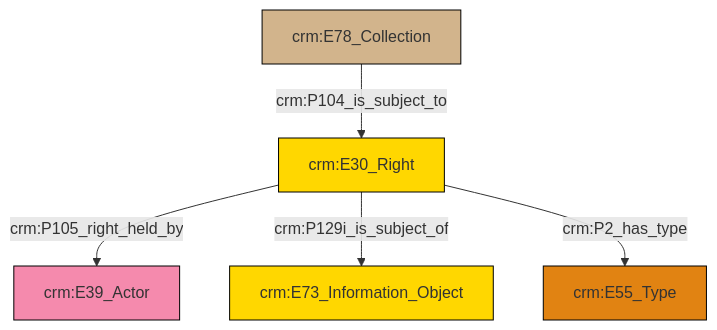
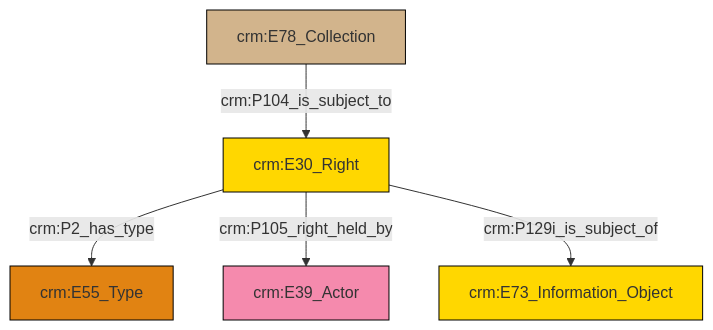
Before and after one commit to swiss-art-research-net/docs.swissartresearch: the diagram in et/archivalCSV/ttl/mmd/archival_rights.ttl.mmd, drawn with Mermaid. The commit also changed 162 other files, not shown here.

```diff
--- a/et/archivalCSV/ttl/mmd/archival_rights.ttl.mmd
+++ b/et/archivalCSV/ttl/mmd/archival_rights.ttl.mmd
@@ -1,19 +1,19 @@
 graph TD
 classDef Literal fill:#f2f2f2,stroke:#000000;
 classDef CRM_Entity fill:#FFFFFF,stroke:#000000;
 classDef Temporal_Entity fill:#00C9E6, stroke:#000000;
 classDef Type fill:#E18312, stroke:#000000;
 classDef Time-Span fill:#2C9C91, stroke:#000000;
 classDef Appellation fill:#FFEB7F, stroke:#000000;
 classDef Place fill:#008836, stroke:#000000;
 classDef Persistent_Item fill:#B266B2, stroke:#000000;
 classDef Conceptual_Object fill:#FFD700, stroke:#000000;
 classDef Physical_Thing fill:#D2B48C, stroke:#000000;
 classDef Actor fill:#f58aad, stroke:#000000;
 classDef PC_Classes fill:#4ce600, stroke:#000000;
 classDef Multi fill:#cccccc,stroke:#000000;
 
-2["crm:E30_Right"]:::Conceptual_Object -->|crm:P105_right_held_by| 4["crm:E39_Actor"]:::Actor
-2["crm:E30_Right"]:::Conceptual_Object -->|crm:P129i_is_subject_of| 5["crm:E73_Information_Object"]:::Conceptual_Object
-7["crm:E78_Collection"]:::Physical_Thing -->|crm:P104_is_subject_to| 2["crm:E30_Right"]:::Conceptual_Object
-2["crm:E30_Right"]:::Conceptual_Object -->|crm:P2_has_type| 0["crm:E55_Type"]:::Type
+4["crm:E30_Right"]:::Conceptual_Object -->|crm:P2_has_type| 0["crm:E55_Type"]:::Type
+4["crm:E30_Right"]:::Conceptual_Object -->|crm:P105_right_held_by| 5["crm:E39_Actor"]:::Actor
+4["crm:E30_Right"]:::Conceptual_Object -->|crm:P129i_is_subject_of| 7["crm:E73_Information_Object"]:::Conceptual_Object
+2["crm:E78_Collection"]:::Physical_Thing -->|crm:P104_is_subject_to| 4["crm:E30_Right"]:::Conceptual_Object
```
